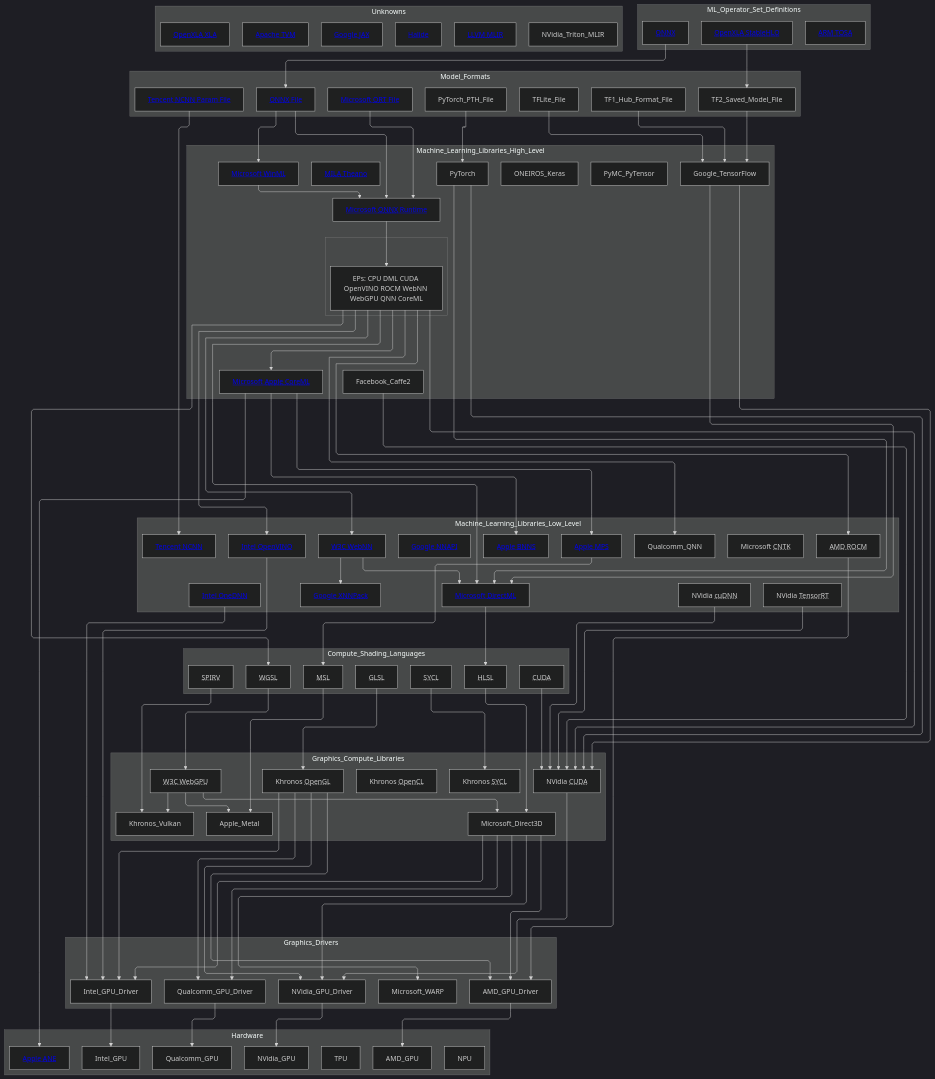
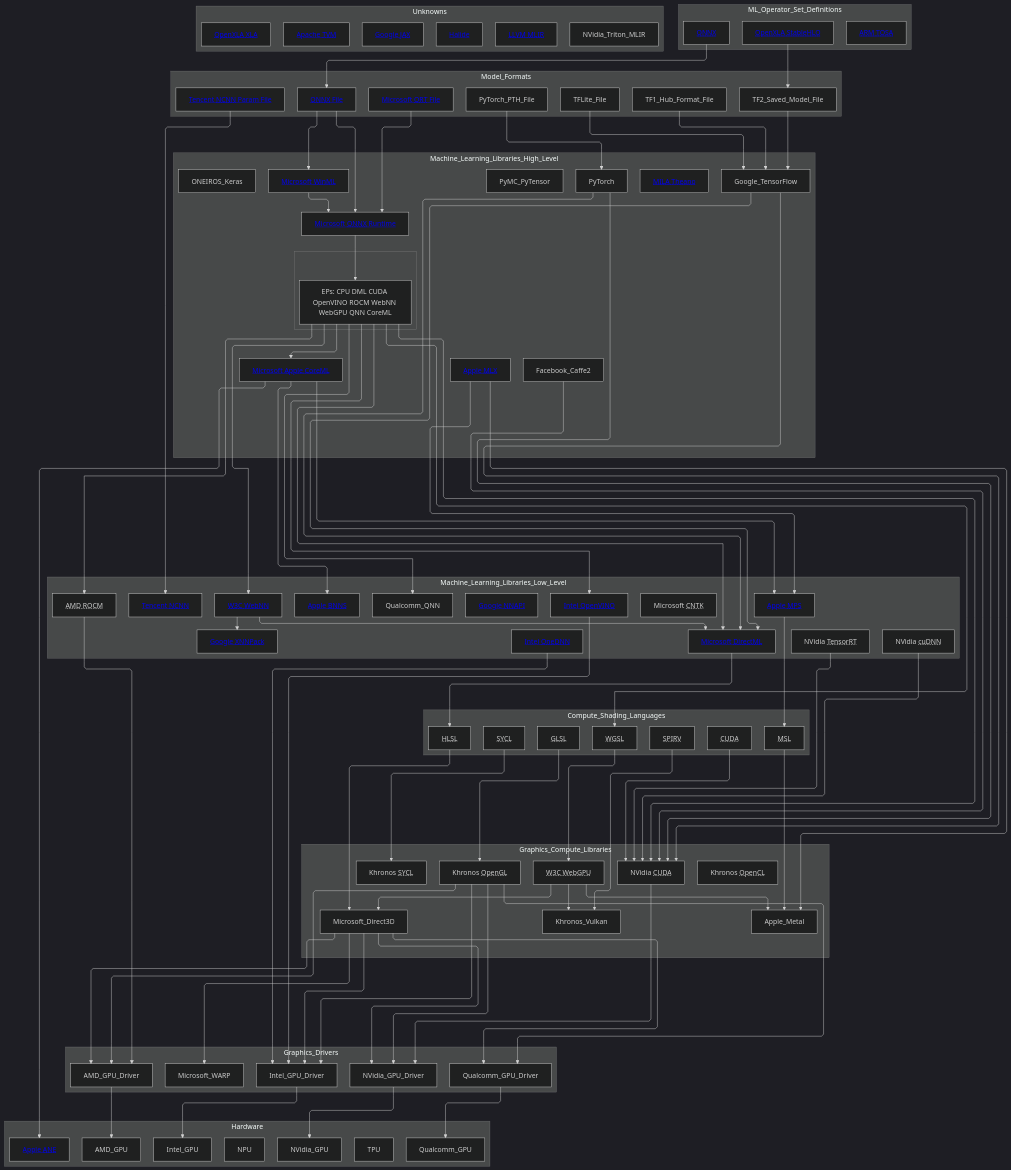
One commit to fdwr/MachineLearningOperators changed the diagram in MachineLearningEcosystem.md. Above: the diagram before and after it, drawn with Mermaid (dark theme).

```diff
--- a/MachineLearningEcosystem.md
+++ b/MachineLearningEcosystem.md
@@ -28,6 +28,7 @@
         subgraph ORT_EP_subgraph[ ]
             ORT_EPs[EPs: CPU DML CUDA OpenVINO ROCM WebNN WebGPU QNN CoreML]
         end
+        Apple_MLX[<a href='https://github.com/ml-explore/mlx'>Apple <abbr title='Machine Learning Explore'>MLX</abbr></a>]
         ONEIROS_Keras
         Facebook_Caffe2
         MILA_Theano[<a href='https://github.com/Theano/Theano'><abbr title='Montreal Institute for Learning Algorithms Theano'>MILA Theano</abbr></a>]
@@ -140,6 +141,8 @@
     Apple_CoreML --> Apple_MPS
     Apple_CoreML --> Apple_ANE
     Apple_MPS --> MSL
+    Apple_MLX --> Apple_MPS
+    Apple_MLX --> Apple_Metal
     PyTorch --> NVidia_CUDA
     Google_TensorFlow --> NVidia_CUDA
     PyTorch --> Microsoft_DirectML
```
